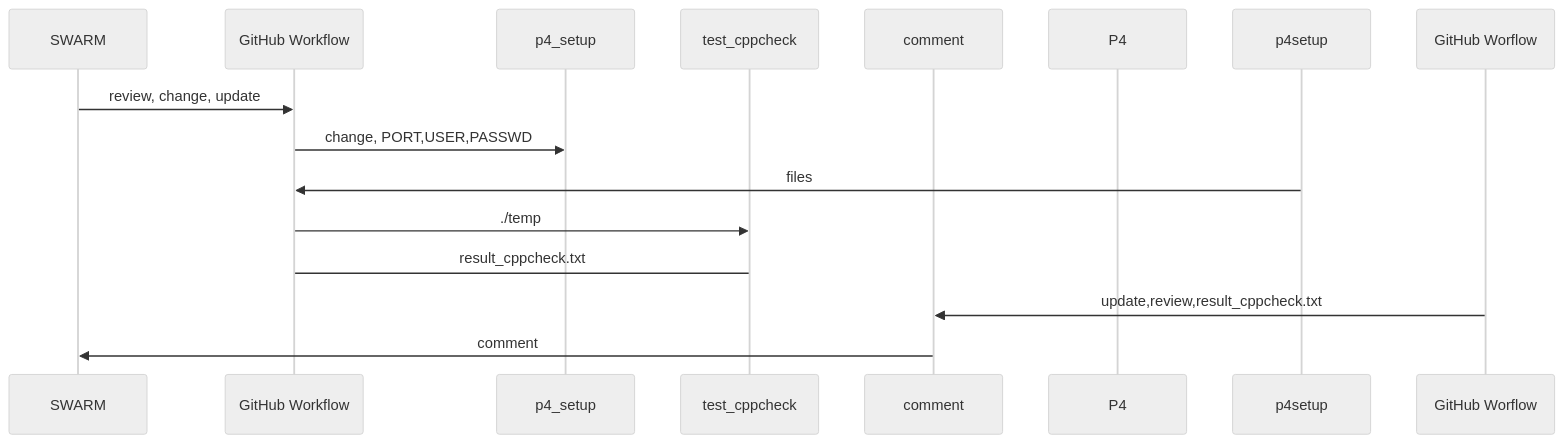
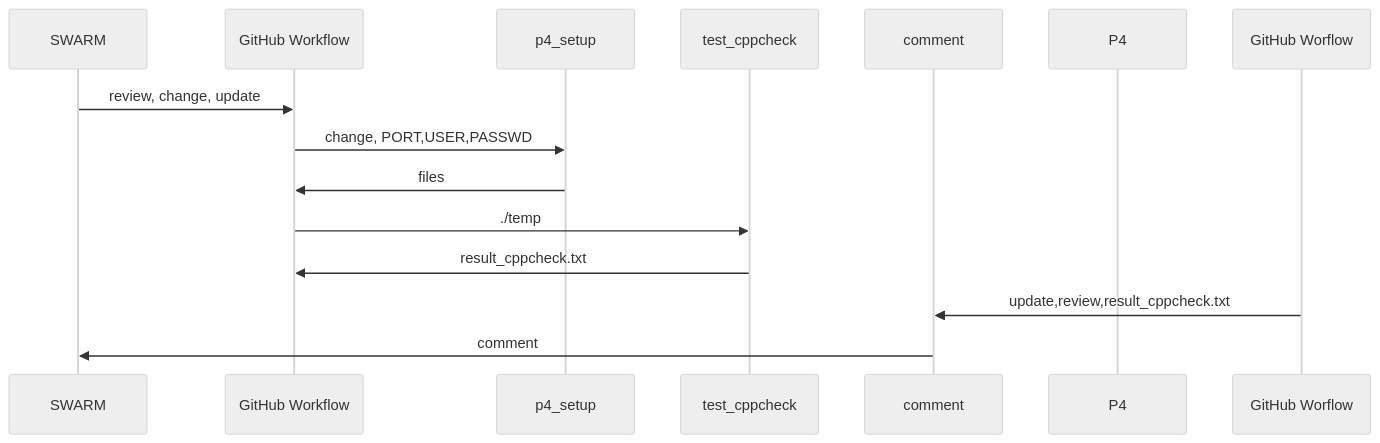
One commit to smjune/smjune.github.io changed the diagram in readme.md. Above: the diagram before and after it, drawn with Mermaid (neutral theme).

````diff
--- a/readme.md
+++ b/readme.md
@@ -1,16 +1,16 @@
 ```mermaid
 sequenceDiagram
     participant SWARM 
     participant GitHub Workflow
     participant p4_setup
     participant test_cppcheck
     participant comment
     participant P4
     SWARM->>GitHub Workflow: review, change, update
     GitHub Workflow->>p4_setup: change, PORT,USER,PASSWD
-    p4setup->>GitHub Workflow: files
+    p4_setup->>GitHub Workflow: files
     GitHub Workflow->>test_cppcheck:./temp
-    test_cppcheck->GitHub Workflow: result_cppcheck.txt
+    test_cppcheck->>GitHub Workflow: result_cppcheck.txt
     GitHub Worflow->>comment:update,review,result_cppcheck.txt
     comment->>SWARM: comment
 ```
````
